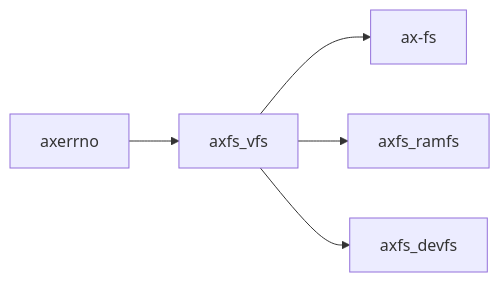
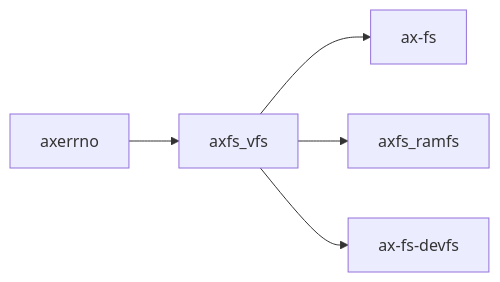
One commit to zKurisu/tgoskits changed the diagram in docs/crates/axfs_vfs.md. Above: the diagram before and after it, drawn with Mermaid. The commit also changed 13 other files, not shown here.

Commit message:
rename axfs_devfs to ax-fs-devfs

````diff
--- a/docs/crates/axfs_vfs.md
+++ b/docs/crates/axfs_vfs.md
@@ -82,8 +82,8 @@
 ```mermaid
 graph LR
     axerrno["axerrno"] --> current["axfs_vfs"]
 
     current --> ax-fs["ax-fs"]
     current --> axfs_ramfs["axfs_ramfs"]
-    current --> axfs_devfs["axfs_devfs"]
+    current --> axfs_devfs["ax-fs-devfs"]
 ```
````
